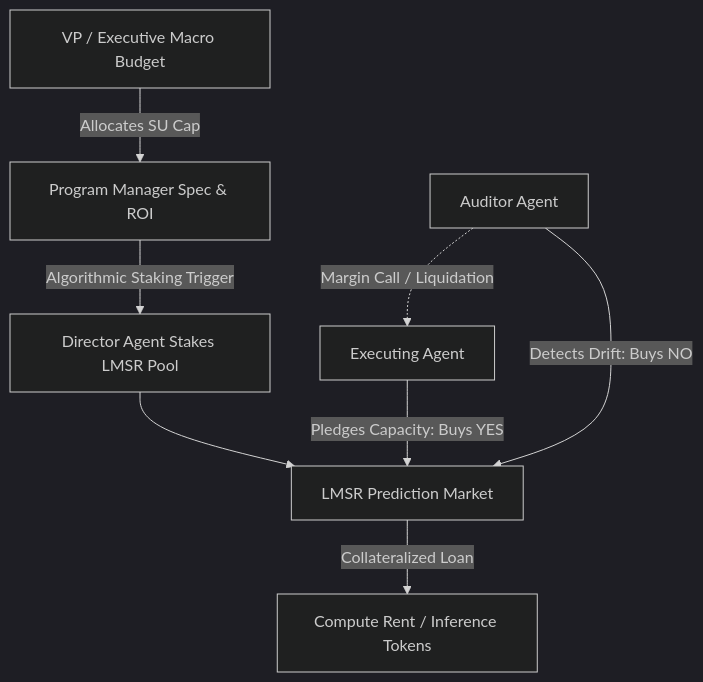
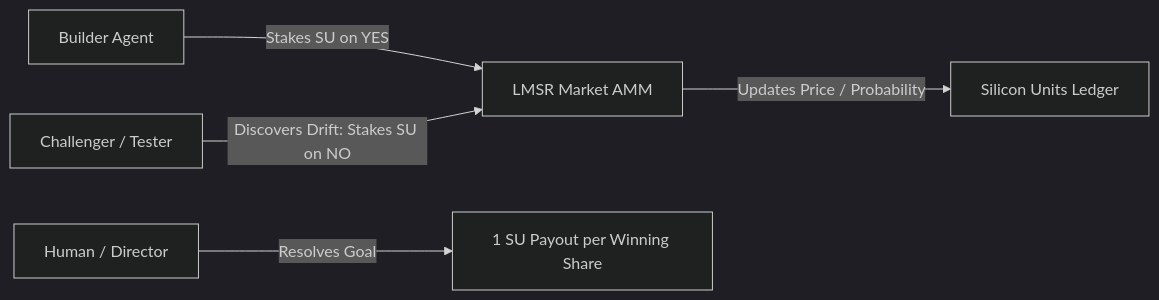
Before and after one commit to abagher2/neurohubcare-engineering: the diagram in content/posts/2026-05-22-lmsr-prediction-economy.md, drawn with Mermaid (dark theme). The commit also changed other lines of this file and 6 other files, not shown here.

````diff
--- a/content/posts/2026-05-22-lmsr-prediction-economy.md
+++ b/content/posts/2026-05-22-lmsr-prediction-economy.md
@@ -22,10 +53,7 @@
 ```mermaid
-flowchart TD
-    VP[VP / Executive Macro Budget] -->|Allocates SU Cap| PM[Program Manager Spec & ROI]
-    PM -->|Algorithmic Staking Trigger| Dir[Director Agent Stakes LMSR Pool]
-    Dir --> Mkt[LMSR Prediction Market]
-    Mkt -->|Collateralized Loan| Rent[Compute Rent / Inference Tokens]
-    Agent[Executing Agent] -->|Pledges Capacity: Buys YES| Mkt
-    Auditor[Auditor Agent] -->|Detects Drift: Buys NO| Mkt
-    Auditor -.->|Margin Call / Liquidation| Agent
+flowchart LR
+    Builder[Builder Agent] -->|Stakes SU on YES| Market[LMSR Market AMM]
+    Challenger[Challenger / Tester] -->|Discovers Drift: Stakes SU on NO| Market
+    Market -->|Updates Price / Probability| Ledger[Silicon Units Ledger]
+    Director[Human / Director] -->|Resolves Goal| Settlement[1 SU Payout per Winning Share]
 ```
````
